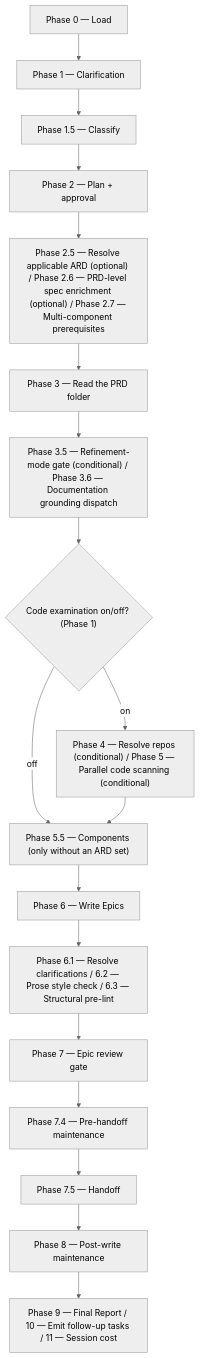
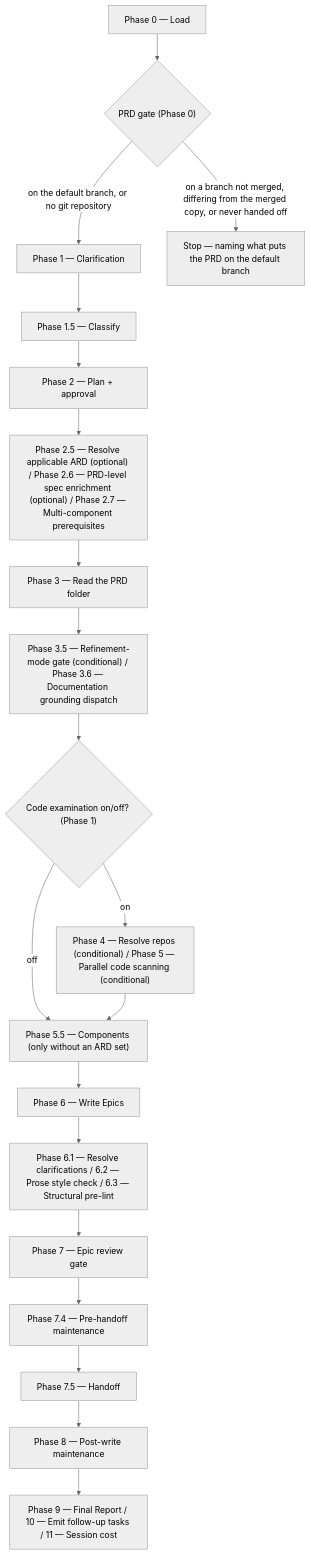
Before and after one commit to ihudak/ai-workflows: the diagram in plugins/product-workflows/docs/commands/epics.md, drawn with Mermaid (neutral theme). The commit also changed other lines of this file and 2 other files, not shown here.

First line of the commit message:
feat(product-workflows): /epics stops while its PRD is not on the default branch (LADDER-ORDER batch 1b)

````diff
--- a/plugins/product-workflows/docs/commands/epics.md
+++ b/plugins/product-workflows/docs/commands/epics.md
@@ -29,20 +29,22 @@
 ```mermaid
 flowchart TD
-    p0["Phase 0 — Load"] --> p1["Phase 1 — Clarification"]
+    p0["Phase 0 — Load"] --> g0{"PRD gate (Phase 0)"}
+    g0 -- "on the default branch, or no git repository" --> p1["Phase 1 — Clarification"]
+    g0 -- "on a branch not merged, differing from the merged copy, or never handed off" --> s0["Stop — naming what puts the PRD on the default branch"]
     p1 --> p15["Phase 1.5 — Classify"]
     p15 --> p2["Phase 2 — Plan + approval"]
     p2 --> p2526["Phase 2.5 — Resolve applicable ARD (optional) / Phase 2.6 — PRD-level spec enrichment (optional) / Phase 2.7 — Multi-component prerequisites"]
     p2526 --> p3["Phase 3 — Read the PRD folder"]
     p3 --> p3536["Phase 3.5 — Refinement-mode gate (conditional) / Phase 3.6 — Documentation grounding dispatch"]
     p3536 --> d1{"Code examination on/off? (Phase 1)"}
     d1 -- "on" --> p45["Phase 4 — Resolve repos (conditional) / Phase 5 — Parallel code scanning (conditional)"]
     d1 -- "off" --> p55
     p45 --> p55["Phase 5.5 — Components (only without an ARD set)"]
     p55 --> p6["Phase 6 — Write Epics"]
     p6 --> p616263["Phase 6.1 — Resolve clarifications / 6.2 — Prose style check / 6.3 — Structural pre-lint"]
     p616263 --> p7["Phase 7 — Epic review gate"]
     p7 --> p74["Phase 7.4 — Pre-handoff maintenance"]
     p74 --> p75["Phase 7.5 — Handoff"]
     p75 --> p8["Phase 8 — Post-write maintenance"]
     p8 --> p91011["Phase 9 — Final Report / 10 — Emit follow-up tasks / 11 — Session cost"]
 ```
````
